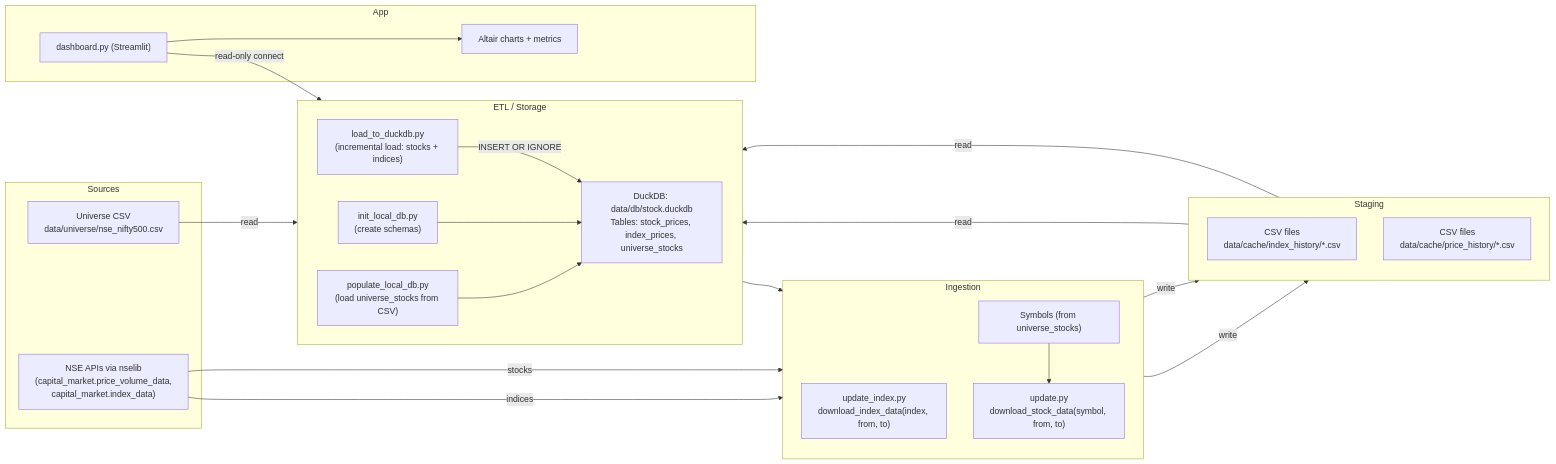
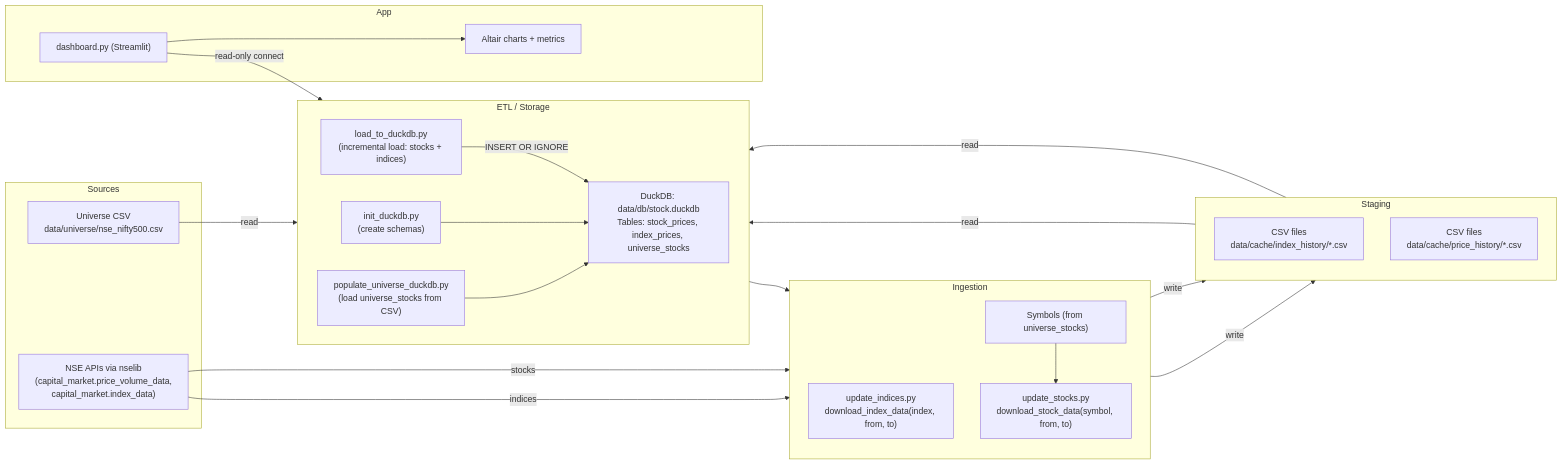
The diagram in ARCHITECTURE.md (shayanrc/stockdash), drawn with Mermaid before and after one commit. The commit also changed other lines of this file and 4 other files, not shown here.

````diff
--- a/ARCHITECTURE.md
+++ b/ARCHITECTURE.md
@@ -7,54 +7,54 @@
 ```mermaid
 graph LR
 
   subgraph Sources
     A["NSE APIs via nselib<br/>(capital_market.price_volume_data,<br/>capital_market.index_data)"]
     C0["Universe CSV<br/>data/universe/nse_nifty500.csv"]
   end
 
   subgraph Ingestion
     direction TB
-    B2["update_index.py<br/>download_index_data(index, from, to)"]
-    B1["update.py<br/>download_stock_data(symbol, from, to)"]
+    B2["update_indices.py<br/>download_index_data(index, from, to)"]
+    B1["update_stocks.py<br/>download_stock_data(symbol, from, to)"]
     H["Symbols (from universe_stocks)"]
   end
 
   subgraph Staging
     direction TB
     C2["CSV files<br/>data/cache/index_history/*.csv"]
     C1["CSV files<br/>data/cache/price_history/*.csv"]
   end
 
   subgraph ETL / Storage
     direction LR
-    D0["init_local_db.py<br/>(create schemas)"]
-    D1["populate_local_db.py<br/>(load universe_stocks from CSV)"]
+    D0["init_duckdb.py<br/>(create schemas)"]
+    D1["populate_universe_duckdb.py<br/>(load universe_stocks from CSV)"]
     D2["load_to_duckdb.py<br/>(incremental load: stocks + indices)"]
     E["DuckDB: data/db/stock.duckdb<br/>Tables: stock_prices, index_prices, universe_stocks"]
   end
 
   subgraph App
     F["dashboard.py (Streamlit)"]
     G["Altair charts + metrics"]
   end
 
   %% Flows
   A -->|indices| B2
   A -->|stocks| B1
   B2 -->|write| C2
   B1 -->|write| C1
   C2 -->|read| D2
   C1 -->|read| D2
   D2 -->|INSERT OR IGNORE| E
 
   C0 -->|read| D1
   D0 --> E
   D1 --> E
 
   %% Universe symbols exposed near ingestion to avoid crossing blocks
   E --> H
   H --> B1
 
   F -->|read-only connect| E
   F --> G
 ```
````
